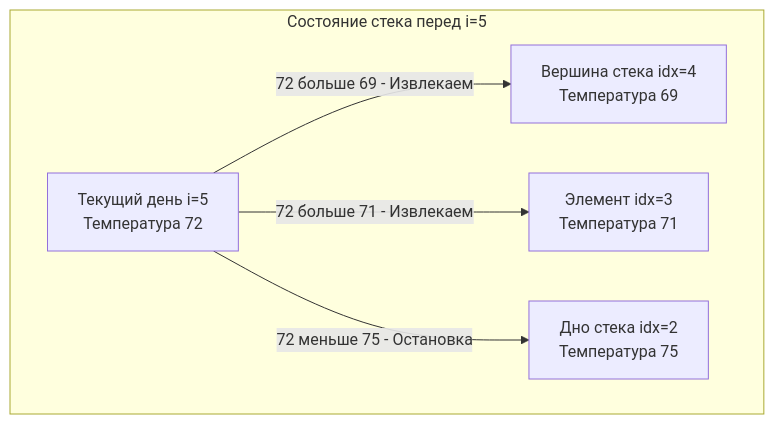
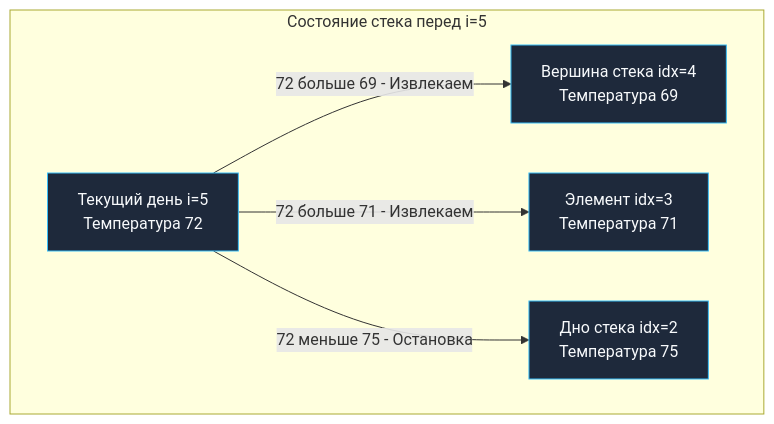
The diagram in sources/21. Задачи с LeetCode и собеседований на Go/02. Задачи/06. Стек/5. Daily Temperatures.md (UnrealTemplier/go-textbook), drawn with Mermaid before and after one commit. The commit also changed 1666 other files, not shown here.

First line of the commit message:
feat(mermaid): add semantic color classDef to 1369 colorless flowchart/graph diagrams

````diff
--- a/sources/21. Задачи с LeetCode и собеседований на Go/02. Задачи/06. Стек/5. Daily Temperatures.md
+++ b/sources/21. Задачи с LeetCode и собеседований на Go/02. Задачи/06. Стек/5. Daily Temperatures.md
@@ -20,13 +20,23 @@
 ```mermaid
 flowchart TD
+    classDef process  fill:#1e293b,stroke:#38bdf8,stroke-width:1px,color:#f8fafc
+    classDef success  fill:#064e3b,stroke:#34d399,stroke-width:1px,color:#f8fafc
+    classDef error    fill:#7f1d1d,stroke:#f87171,stroke-width:1px,color:#f8fafc
+    classDef warning  fill:#78350f,stroke:#fbbf24,stroke-width:1px,color:#f8fafc
+    classDef entry    fill:#1e3a5f,stroke:#38bdf8,stroke-width:2px,color:#f8fafc
+    classDef aux      fill:#334155,stroke:#64748b,stroke-width:1px,color:#f8fafc
+    classDef system   fill:#312e81,stroke:#a78bfa,stroke-width:1px,color:#f8fafc
+    classDef data     fill:#132d29,stroke:#2dd4bf,stroke-width:1px,color:#f8fafc
+    classDef network  fill:#881337,stroke:#fb7185,stroke-width:1px,color:#f8fafc
+    classDef accent   fill:#1e1b4b,stroke:#818cf8,stroke-width:1px,color:#f8fafc
     subgraph "Состояние стека перед i=5"
-        Curr["Текущий день i=5<br>Температура 72"]
-        Top["Вершина стека idx=4<br>Температура 69"]
-        Mid["Элемент idx=3<br>Температура 71"]
-        Bot["Дно стека idx=2<br>Температура 75"]
+        Curr["Текущий день i=5<br>Температура 72"]:::process
+        Top["Вершина стека idx=4<br>Температура 69"]:::process
+        Mid["Элемент idx=3<br>Температура 71"]:::process
+        Bot["Дно стека idx=2<br>Температура 75"]:::process
     end
 
     Curr -->|"72 больше 69 - Извлекаем"| Top
     Curr -->|"72 больше 71 - Извлекаем"| Mid
     Curr -->|"72 меньше 75 - Остановка"| Bot
 ```
````
